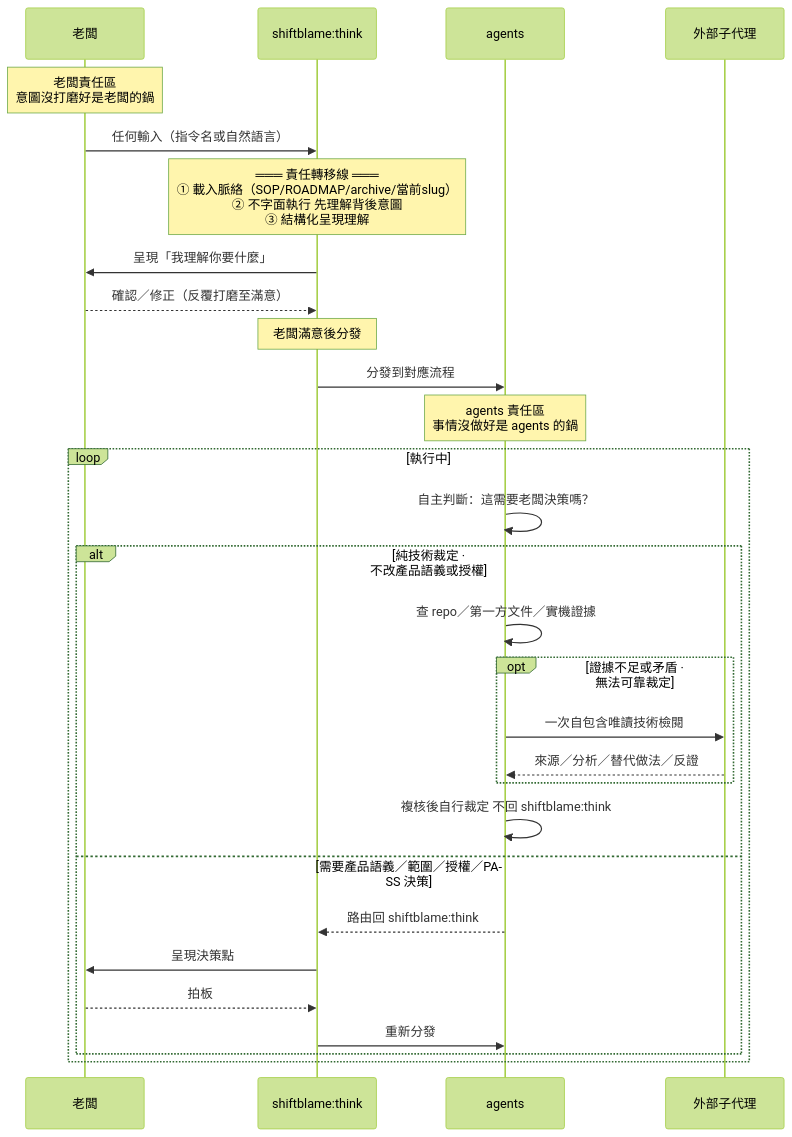
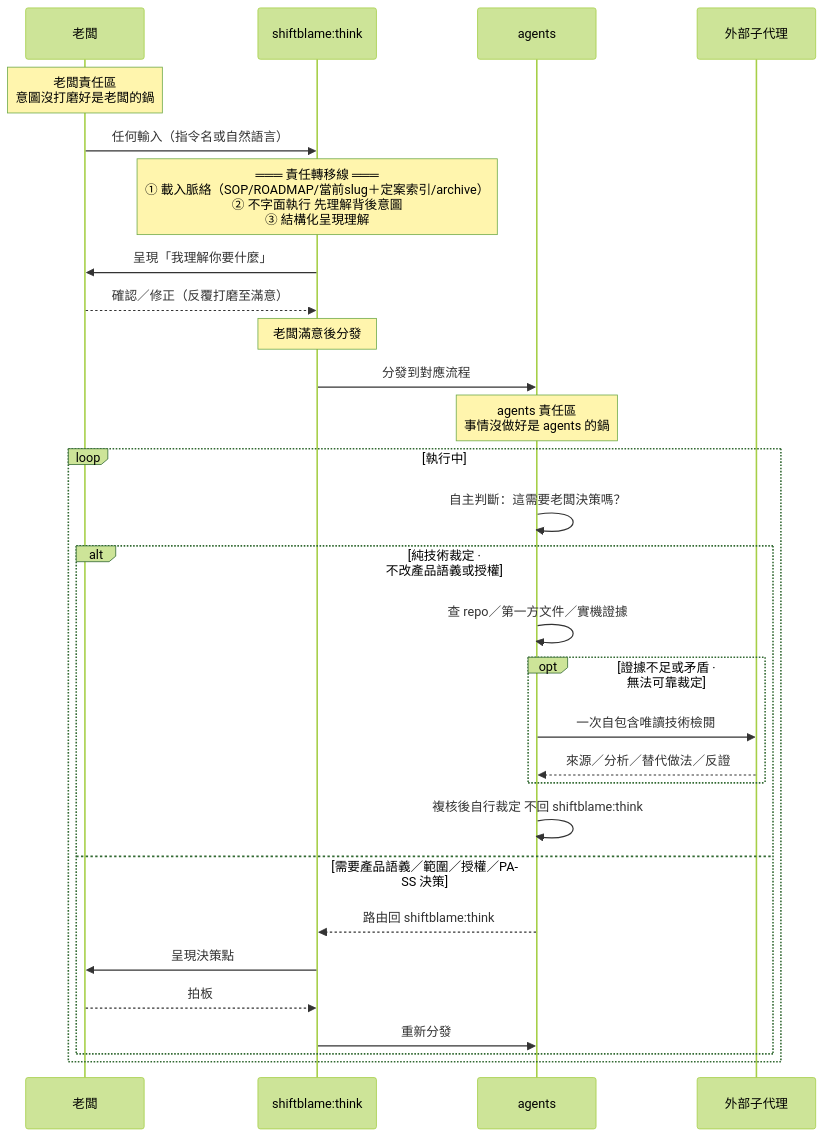
One commit to teps3105/shiftblame changed the first of 4 diagrams in skills/think/SKILL.md. Above: the diagram before and after it, drawn with Mermaid (forest theme). The commit also changed other lines of this file and 21 other files, not shown here.

````diff
--- a/skills/think/SKILL.md
+++ b/skills/think/SKILL.md
@@ -9,38 +9,38 @@
 ```mermaid
 sequenceDiagram
     participant B as 老闆
     participant T as shiftblame:think
     participant A as agents
     participant X as 外部子代理
 
     Note over B: 老闆責任區<br/>意圖沒打磨好是老闆的鍋
 
     B->>T: 任何輸入（指令名或自然語言）
 
-    Note over T: ═══ 責任轉移線 ═══<br/>① 載入脈絡（SOP/ROADMAP/archive/當前slug）<br/>② 不字面執行 先理解背後意圖<br/>③ 結構化呈現理解
+    Note over T: ═══ 責任轉移線 ═══<br/>① 載入脈絡（SOP/ROADMAP/當前slug＋定案索引/archive）<br/>② 不字面執行 先理解背後意圖<br/>③ 結構化呈現理解
 
     T->>B: 呈現「我理解你要什麼」
     B-->>T: 確認／修正（反覆打磨至滿意）
 
     Note over T: 老闆滿意後分發
     T->>A: 分發到對應流程
 
     Note over A: agents 責任區<br/>事情沒做好是 agents 的鍋
 
     loop 執行中
         A->>A: 自主判斷：這需要老闆決策嗎？
         alt 純技術裁定 · 不改產品語義或授權
             A->>A: 查 repo／第一方文件／實機證據
             opt 證據不足或矛盾 · 無法可靠裁定
                 A->>X: 一次自包含唯讀技術檢閱
                 X-->>A: 來源／分析／替代做法／反證
             end
             A->>A: 複核後自行裁定 不回 shiftblame:think
         else 需要產品語義／範圍／授權／PASS 決策
             A-->>T: 路由回 shiftblame:think
             T->>B: 呈現決策點
             B-->>T: 拍板
             T->>A: 重新分發
         end
     end
 ```
````
